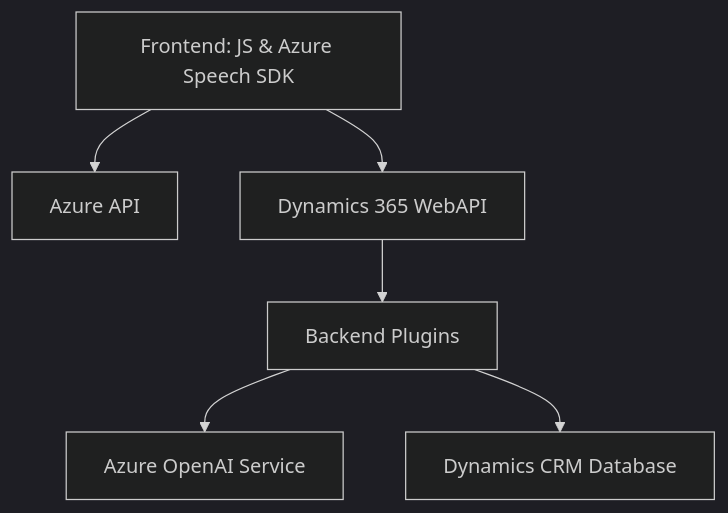
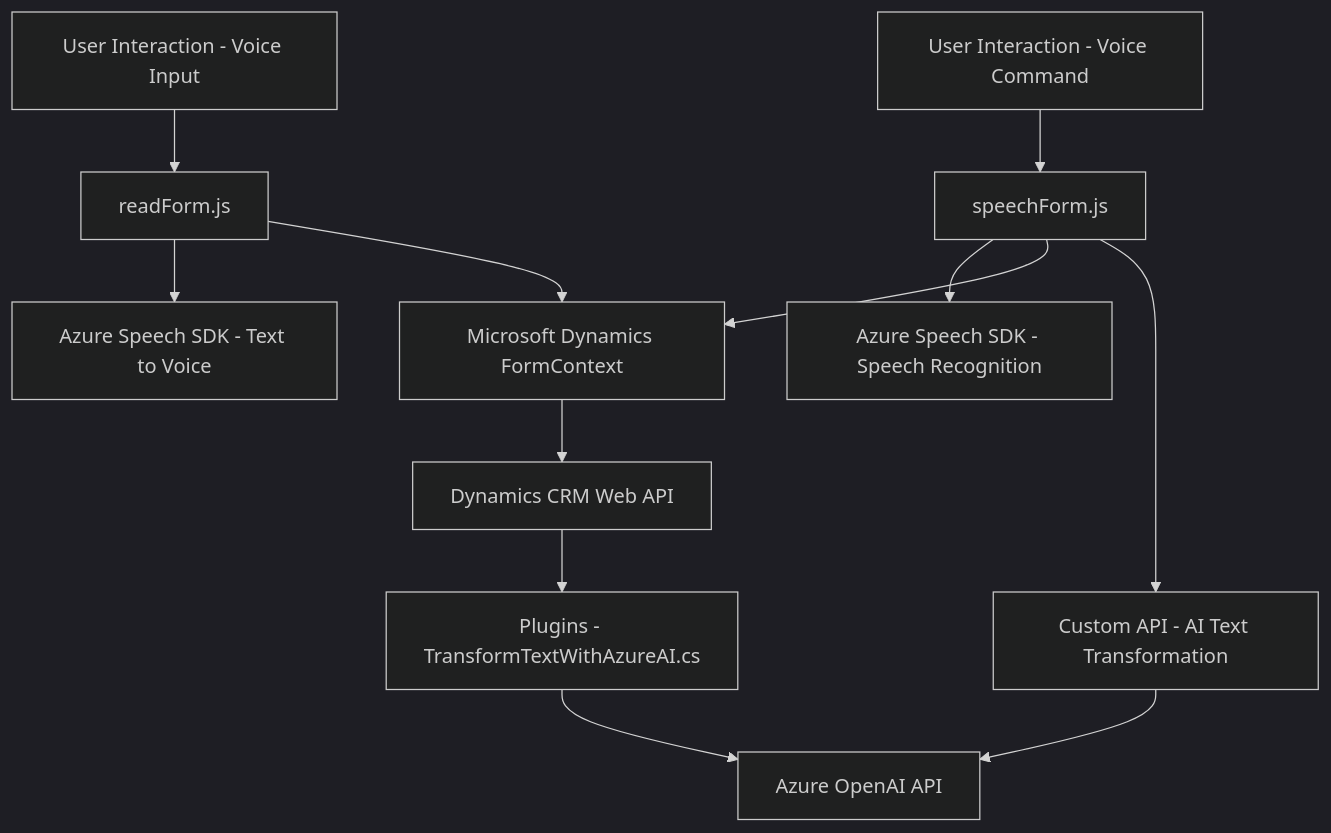
The diagram in README.md (blopezdm/NETCORE_BILBAO2025), drawn with Mermaid (dark theme) before and after one commit. The commit also changed other lines of this file, not shown here.

````diff
--- a/README.md
+++ b/README.md
@@ -29,8 +47,18 @@
 ```mermaid
 graph TD
-    A["Frontend: JS & Azure Speech SDK"] --> B["Azure API"]
-    A --> C["Dynamics 365 WebAPI"]
-    C --> D["Backend Plugins"]
-    D --> E["Azure OpenAI Service"]
-    D --> F["Dynamics CRM Database"]
+    A["User Interaction - Voice Input"] --> B["readForm.js"]
+    C["User Interaction - Voice Command"] --> D["speechForm.js"]
+
+    B --> E["Azure Speech SDK - Text to Voice"]
+    B --> F["Microsoft Dynamics FormContext"]
+
+    D --> G["Azure Speech SDK - Speech Recognition"]
+    D --> F
+    D --> H["Custom API - AI Text Transformation"]
+
+    F --> I["Dynamics CRM Web API"]
+    H --> J["Azure OpenAI API"]
+
+    I --> K["Plugins - TransformTextWithAzureAI.cs"]
+    K --> J
 ```
````
